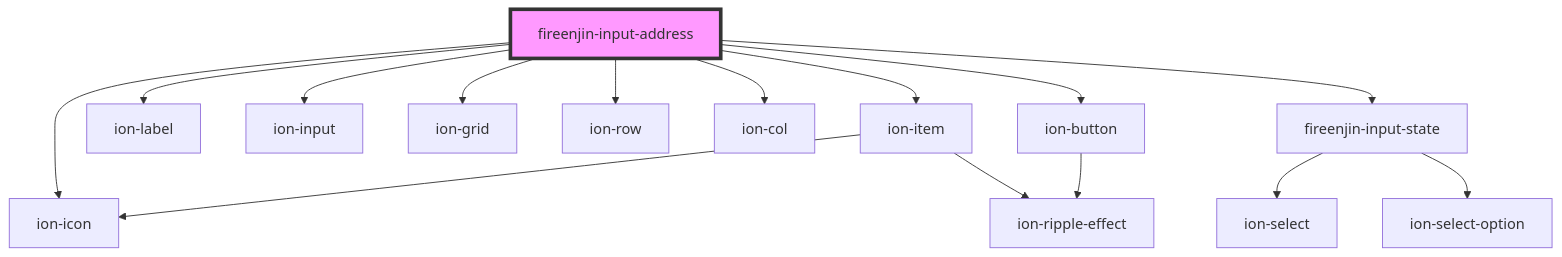
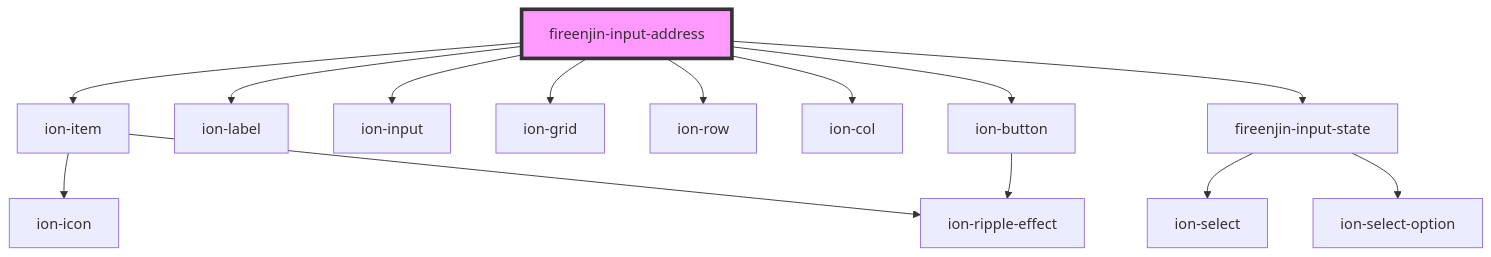
Before and after one commit to FireEnjin/Components: the diagram in src/components/input-address/readme.md, drawn with Mermaid. The commit also changed other lines of this file and 5 other files, not shown here.

Commit message:
fix(input-address): Remove icons from manual and search toggle

````diff
--- a/src/components/input-address/readme.md
+++ b/src/components/input-address/readme.md
@@ -44,18 +43,17 @@
 ```mermaid
 graph TD;
   fireenjin-input-address --> ion-item
   fireenjin-input-address --> ion-label
   fireenjin-input-address --> ion-input
   fireenjin-input-address --> ion-grid
   fireenjin-input-address --> ion-row
   fireenjin-input-address --> ion-col
   fireenjin-input-address --> fireenjin-input-state
   fireenjin-input-address --> ion-button
-  fireenjin-input-address --> ion-icon
   ion-item --> ion-icon
   ion-item --> ion-ripple-effect
   fireenjin-input-state --> ion-select
   fireenjin-input-state --> ion-select-option
   ion-button --> ion-ripple-effect
   style fireenjin-input-address fill:#f9f,stroke:#333,stroke-width:4px
 ```
````
